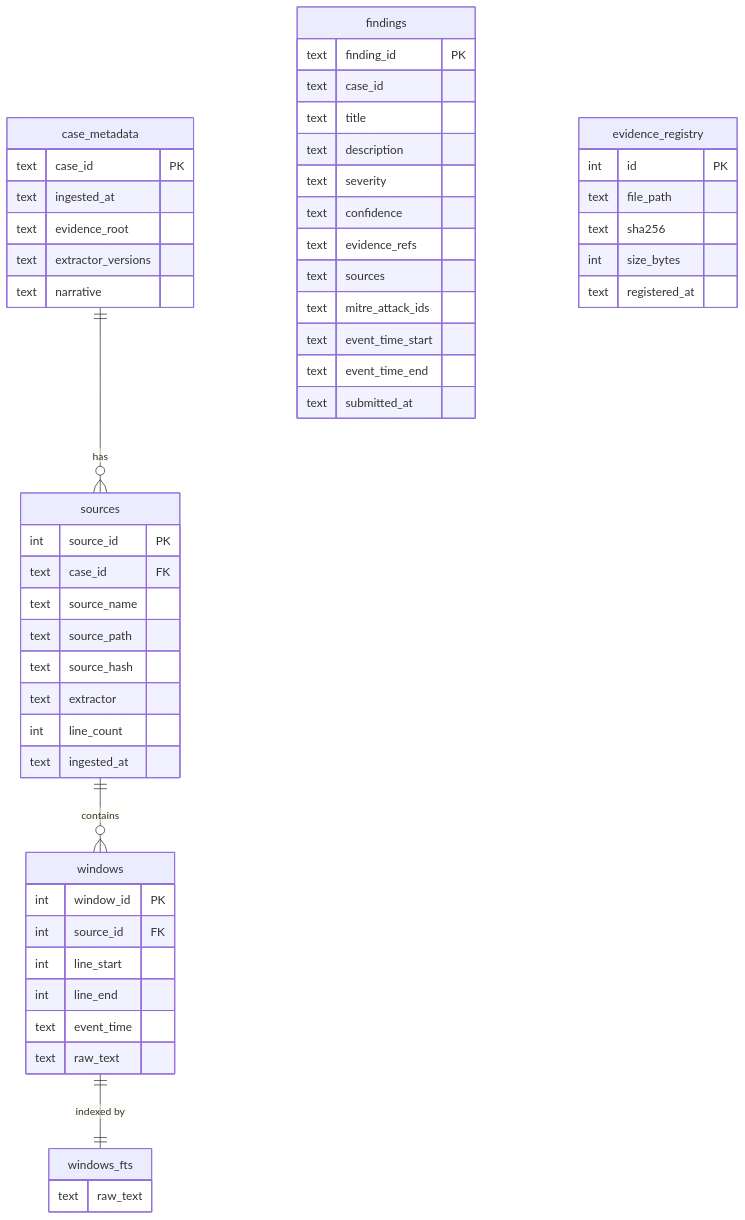
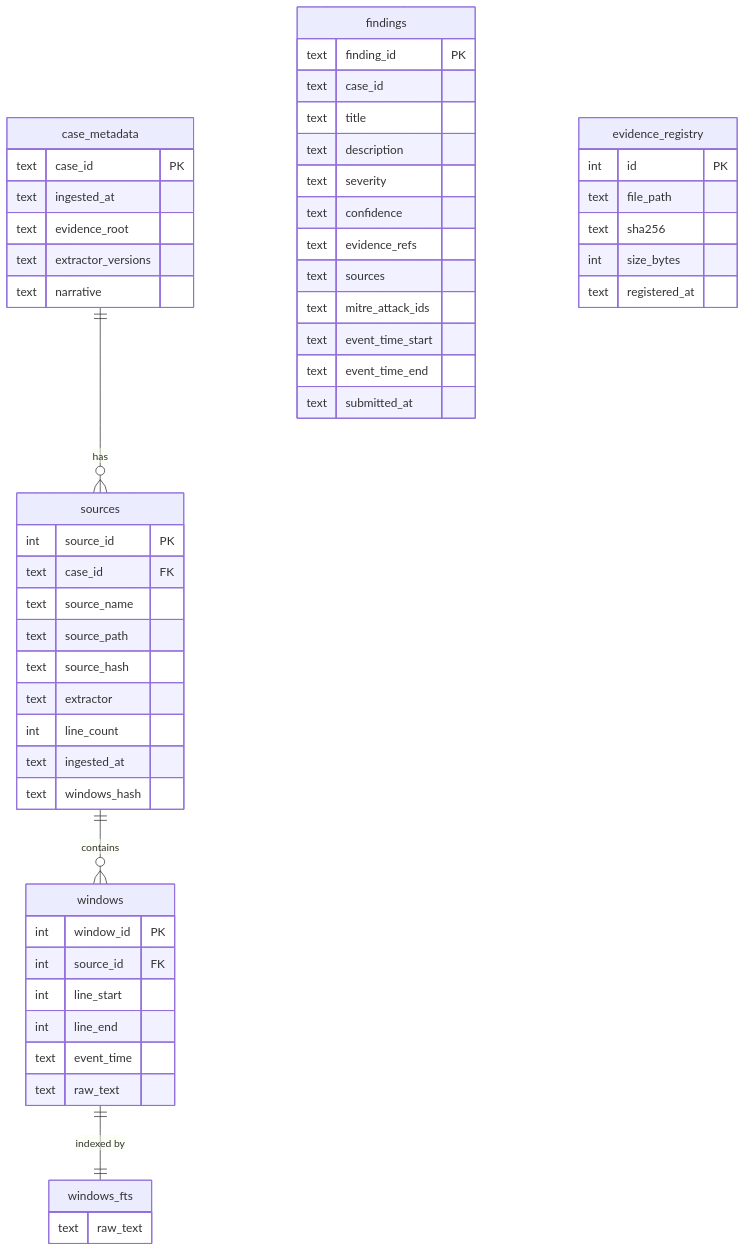
The fourth of 5 diagrams in docs/architecture.md (calebevans/mulder), drawn with Mermaid before and after one commit. The commit also changed other lines of this file and 4 other files, not shown here.

````diff
--- a/docs/architecture.md
+++ b/docs/architecture.md
@@ -179,61 +194,62 @@
 ```mermaid
 erDiagram
     case_metadata {
         text case_id PK
         text ingested_at
         text evidence_root
         text extractor_versions
         text narrative
     }
 
     sources {
         int source_id PK
         text case_id FK
         text source_name
         text source_path
         text source_hash
         text extractor
         int line_count
         text ingested_at
+        text windows_hash
     }
 
     windows {
         int window_id PK
         int source_id FK
         int line_start
         int line_end
         text event_time
         text raw_text
     }
 
     windows_fts {
         text raw_text
     }
 
     findings {
         text finding_id PK
         text case_id
         text title
         text description
         text severity
         text confidence
         text evidence_refs
         text sources
         text mitre_attack_ids
         text event_time_start
         text event_time_end
         text submitted_at
     }
 
     evidence_registry {
         int id PK
         text file_path
         text sha256
         int size_bytes
         text registered_at
     }
 
     case_metadata ||--o{ sources : "has"
     sources ||--o{ windows : "contains"
     windows ||--|| windows_fts : "indexed by"
 ```
````
